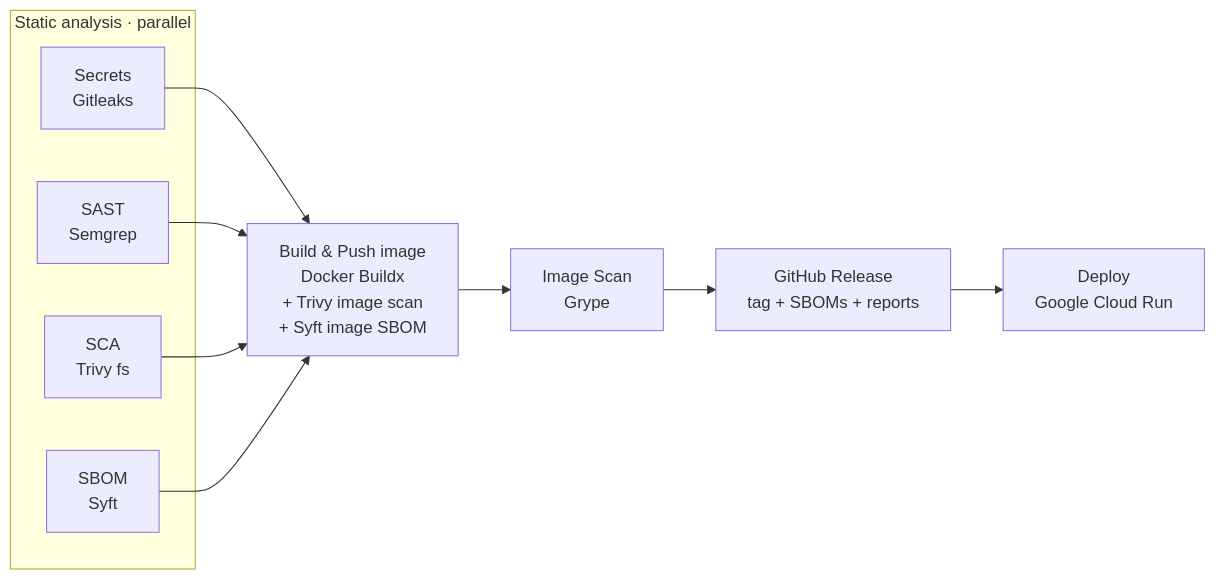
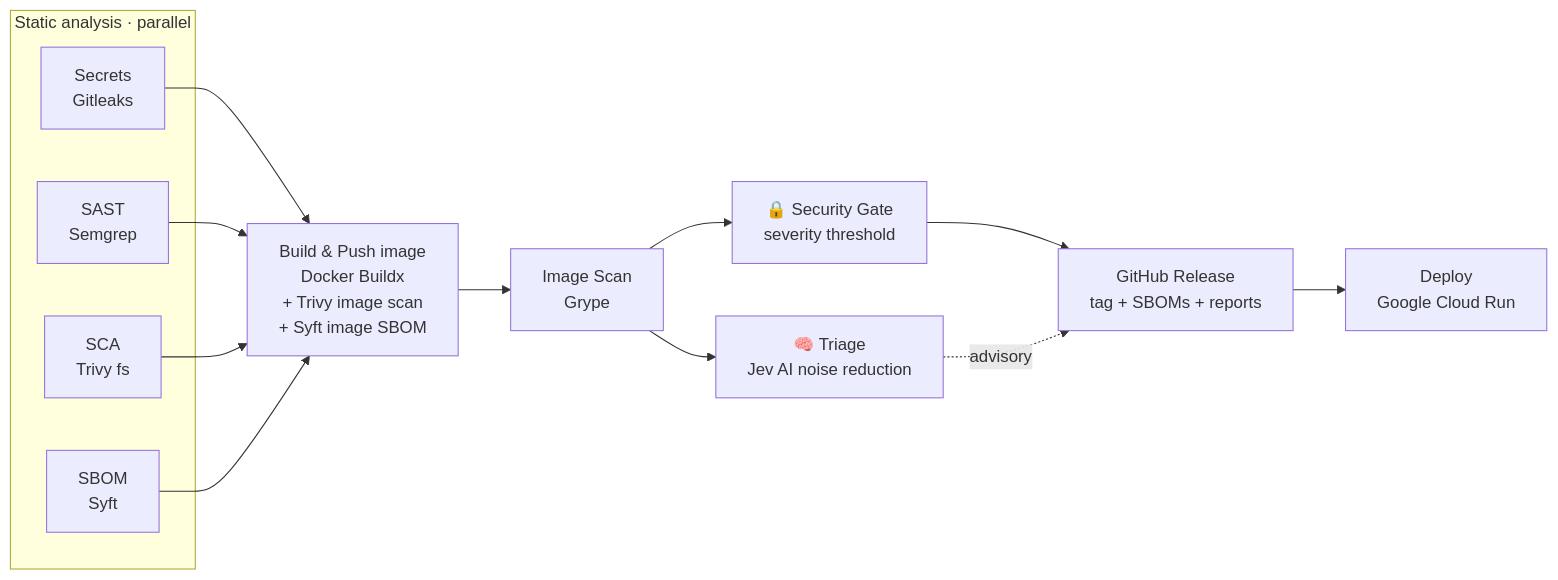
The diagram in README.md (billhoph/DevSecOps), drawn with Mermaid before and after one commit. The commit also changed other lines of this file, not shown here.

First line of the commit message:
docs: document Jev AI triage + refresh README (gate, Grype, dark/light)

````diff
--- a/README.md
+++ b/README.md
@@ -94,17 +106,20 @@
 ```mermaid
 flowchart LR
   subgraph Scan [Static analysis · parallel]
     A[Secrets<br/>Gitleaks]
     B[SAST<br/>Semgrep]
     C[SCA<br/>Trivy fs]
     D[SBOM<br/>Syft]
   end
   A --> E
   B --> E
   C --> E
   D --> E
   E[Build &amp; Push image<br/>Docker Buildx<br/>+ Trivy image scan<br/>+ Syft image SBOM]
   E --> F[Image Scan<br/>Grype]
-  F --> G[GitHub Release<br/>tag + SBOMs + reports]
+  F --> T[🧠 Triage<br/>Jev AI noise reduction]
+  F --> J[🔒 Security Gate<br/>severity threshold]
+  J --> G[GitHub Release<br/>tag + SBOMs + reports]
   G --> H[Deploy<br/>Google Cloud Run]
+  T -.advisory.-> G
 ```
````
